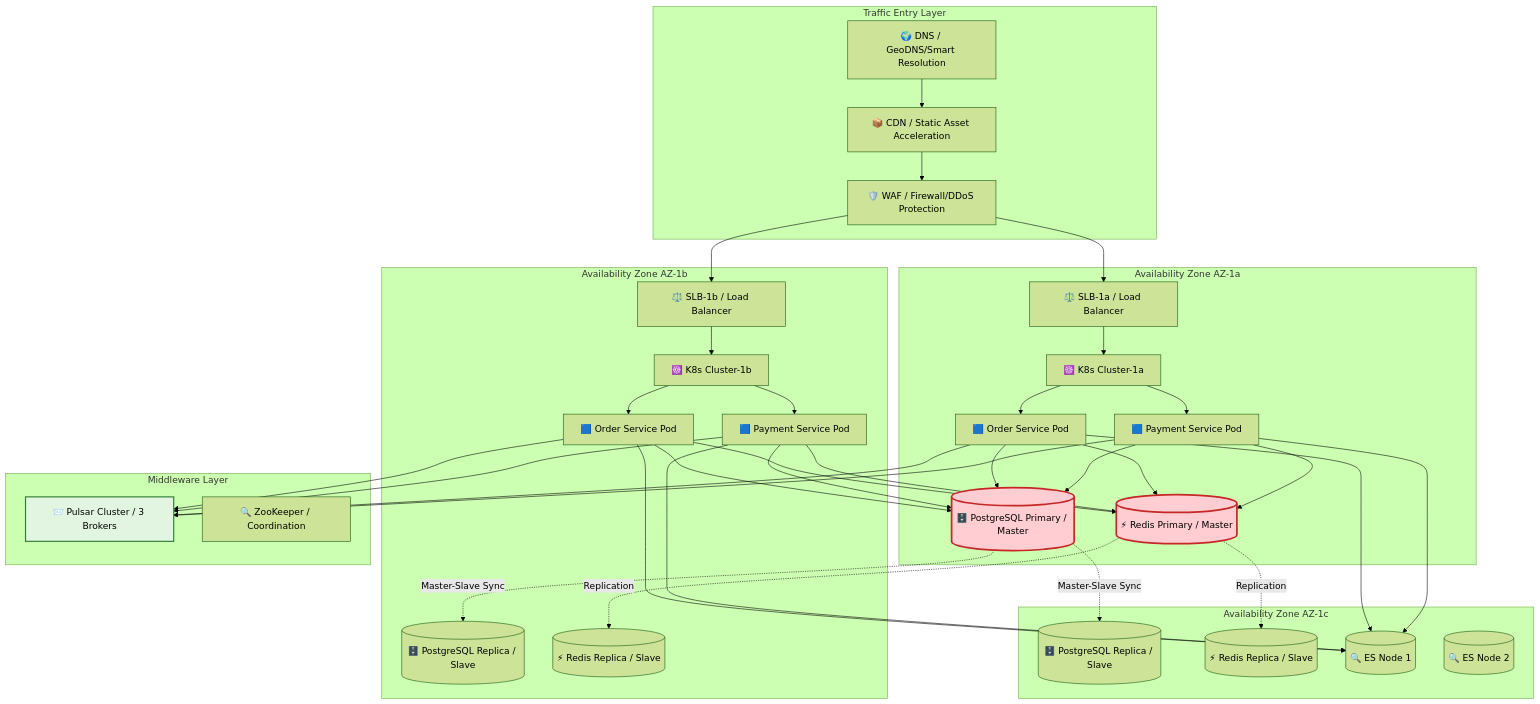
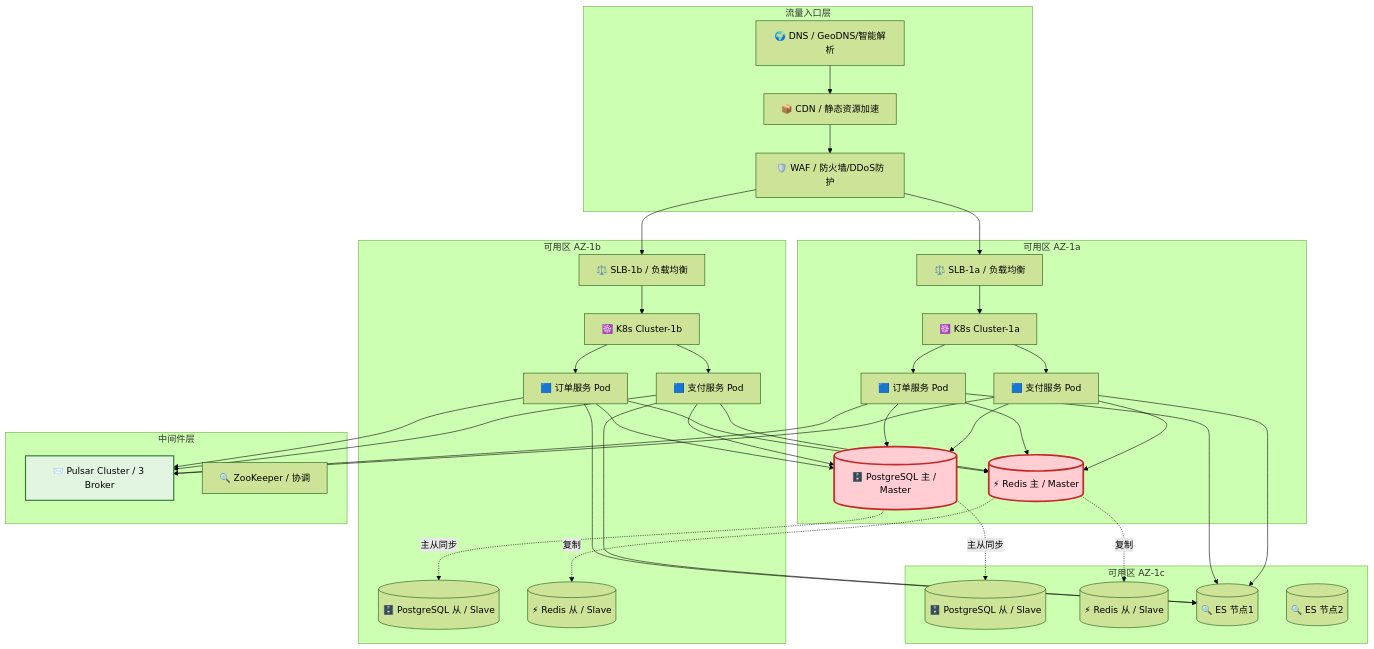
One commit to Kirky-X/cangjie changed diagram 11 of 15 in templates/Product/Technology/Template-Architecture.md. Above: the diagram before and after it, drawn with Mermaid (forest theme). The commit also changed other lines of this file and 33 other files, not shown here.

````diff
--- a/templates/Product/Technology/Template-Architecture.md
+++ b/templates/Product/Technology/Template-Architecture.md
@@ -475,75 +475,75 @@
 ```mermaid
 graph TB
-    subgraph Traffic Entry Layer
-        DNS[🌍 DNS / GeoDNS/Smart Resolution]
-        CDN[📦 CDN / Static Asset Acceleration]
-        WAF[🛡️ WAF / Firewall/DDoS Protection]
+    subgraph 流量入口层
+        DNS[🌍 DNS / GeoDNS/智能解析]
+        CDN[📦 CDN / 静态资源加速]
+        WAF[🛡️ WAF / 防火墙/DDoS防护]
     end
 
-    subgraph Availability Zone AZ-1a
-        LB1[⚖️ SLB-1a / Load Balancer]
+    subgraph 可用区 AZ-1a
+        LB1[⚖️ SLB-1a / 负载均衡]
         K8S1[☸️ K8s Cluster-1a]
-        APP1[🟦 Order Service Pod]
-        APP2[🟦 Payment Service Pod]
-        DB1[(🗄️ PostgreSQL Primary / Master)]
-        RED1[(⚡ Redis Primary / Master)]
+        APP1[🟦 订单服务 Pod]
+        APP2[🟦 支付服务 Pod]
+        DB1[(🗄️ PostgreSQL 主 / Master)]
+        RED1[(⚡ Redis 主 / Master)]
     end
 
-    subgraph Availability Zone AZ-1b
-        LB2[⚖️ SLB-1b / Load Balancer]
+    subgraph 可用区 AZ-1b
+        LB2[⚖️ SLB-1b / 负载均衡]
         K8S2[☸️ K8s Cluster-1b]
-        APP3[🟦 Order Service Pod]
-        APP4[🟦 Payment Service Pod]
-        DB2[(🗄️ PostgreSQL Replica / Slave)]
-        RED2[(⚡ Redis Replica / Slave)]
+        APP3[🟦 订单服务 Pod]
+        APP4[🟦 支付服务 Pod]
+        DB2[(🗄️ PostgreSQL 从 / Slave)]
+        RED2[(⚡ Redis 从 / Slave)]
     end
 
-    subgraph Availability Zone AZ-1c
-        DB3[(🗄️ PostgreSQL Replica / Slave)]
-        RED3[(⚡ Redis Replica / Slave)]
-        ES1[(🔍 ES Node 1)]
-        ES2[(🔍 ES Node 2)]
+    subgraph 可用区 AZ-1c
+        DB3[(🗄️ PostgreSQL 从 / Slave)]
+        RED3[(⚡ Redis 从 / Slave)]
+        ES1[(🔍 ES 节点1)]
+        ES2[(🔍 ES 节点2)]
     end
 
-    subgraph Middleware Layer
-        PULSAR[📨 Pulsar Cluster / 3 Brokers]
-        ZK[🔍 ZooKeeper / Coordination]
+    subgraph 中间件层
+        PULSAR[📨 Pulsar Cluster / 3 Broker]
+        ZK[🔍 ZooKeeper / 协调]
     end
 
     DNS --> CDN --> WAF
     WAF --> LB1
     WAF --> LB2
     LB1 --> K8S1
     LB2 --> K8S2
     K8S1 --> APP1
     K8S1 --> APP2
     K8S2 --> APP3
     K8S2 --> APP4
 
     APP1 --> DB1
     APP2 --> DB1
     APP3 --> DB1
     APP4 --> DB1
-    DB1 -.->|Master-Slave Sync| DB2
-    DB1 -.->|Master-Slave Sync| DB3
+    DB1 -.->|主从同步| DB2
+    DB1 -.->|主从同步| DB3
 
     APP1 --> RED1
     APP2 --> RED1
     APP3 --> RED1
     APP4 --> RED1
-    RED1 -.->|Replication| RED2
-    RED1 -.->|Replication| RED3
+    RED1 -.->|复制| RED2
+    RED1 -.->|复制| RED3
 
     APP1 --> PULSAR
     APP2 --> PULSAR
     APP3 --> PULSAR
     APP4 --> PULSAR
     APP1 --> ES1
     APP2 --> ES1
     APP3 --> ES1
     APP4 --> ES1
 
     style DB1 fill:#ffcdd2,stroke:#c62828,stroke-width:3px
     style RED1 fill:#ffcdd2,stroke:#c62828,stroke-width:3px
     style PULSAR fill:#e1f5e1,stroke:#2e7d32,stroke-width:2px
 ```
````
